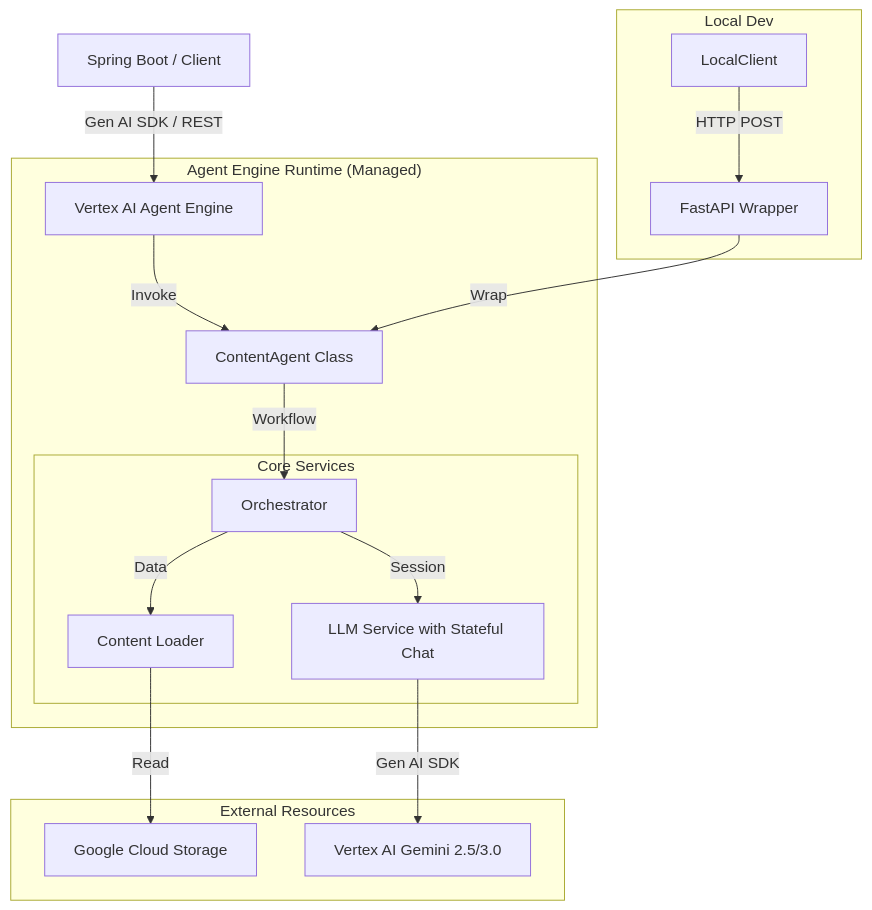
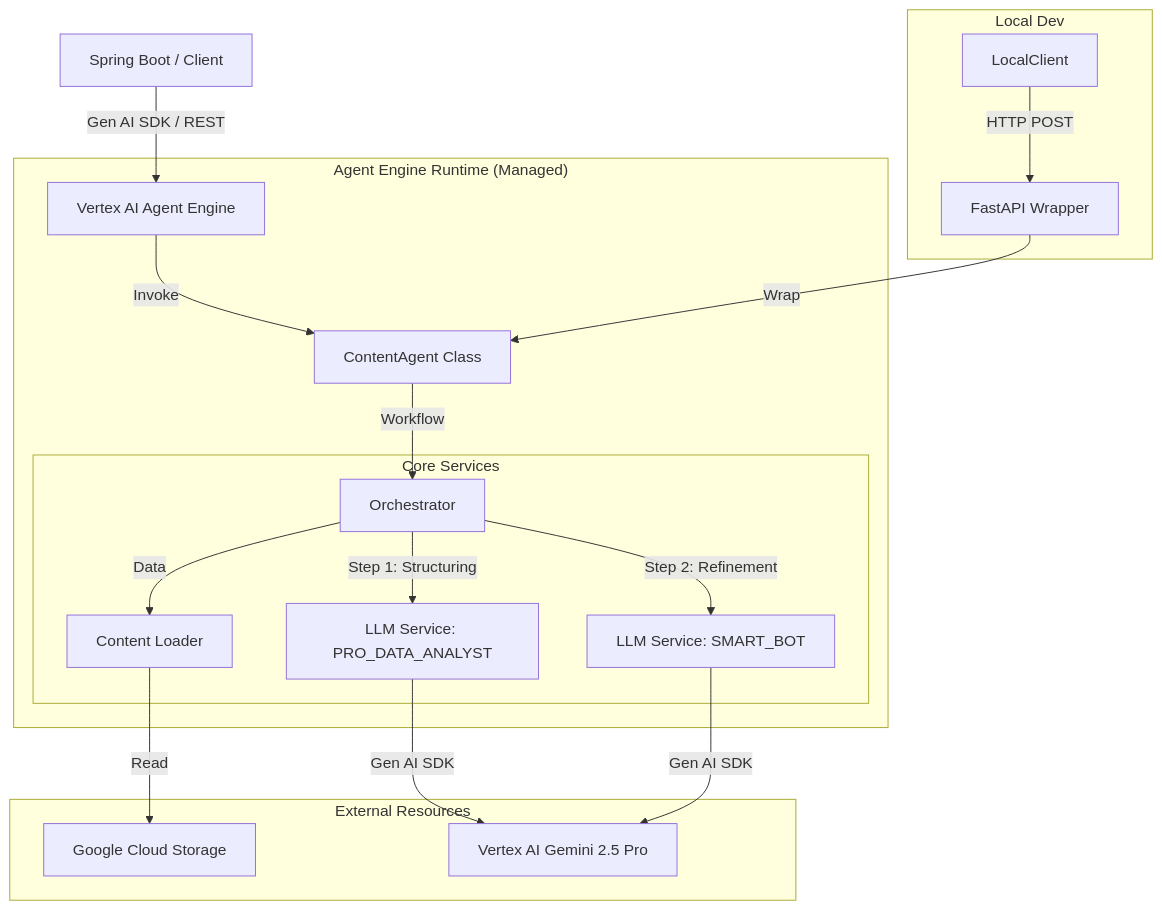
The diagram in documents/architecture.md (ParkKunSik/content-ai-agent), drawn with Mermaid before and after one commit. The commit also changed other lines of this file and 1 other file, not shown here.

````diff
--- a/documents/architecture.md
+++ b/documents/architecture.md
@@ -14,24 +14,26 @@
 ```mermaid
 graph TD
     Client[Spring Boot / Client] -- "Gen AI SDK / REST" --> AE[Vertex AI Agent Engine]
     
     subgraph "Agent Engine Runtime (Managed)"
         AE -->|Invoke| Agent[ContentAgent Class]
         Agent -->|Workflow| Orch[Orchestrator]
         
         subgraph "Core Services"
-            Orch -->|Session| LLM[LLM Service with Stateful Chat]
+            Orch -->|Step 1: Structuring| LLM1[LLM Service: PRO_DATA_ANALYST]
+            Orch -->|Step 2: Refinement| LLM2[LLM Service: SMART_BOT]
             Orch -->|Data| Load[Content Loader]
         end
     end
     
     subgraph "External Resources"
         Load -->|Read| GCS[Google Cloud Storage]
-        LLM -->|Gen AI SDK| Vertex[Vertex AI Gemini 2.5/3.0]
+        LLM1 -->|Gen AI SDK| Vertex[Vertex AI Gemini 2.5 Pro]
+        LLM2 -->|Gen AI SDK| Vertex
     end
     
     subgraph "Local Dev"
         LocalClient -- "HTTP POST" --> Fast[FastAPI Wrapper]
         Fast -->|Wrap| Agent
     end
 ```
````
